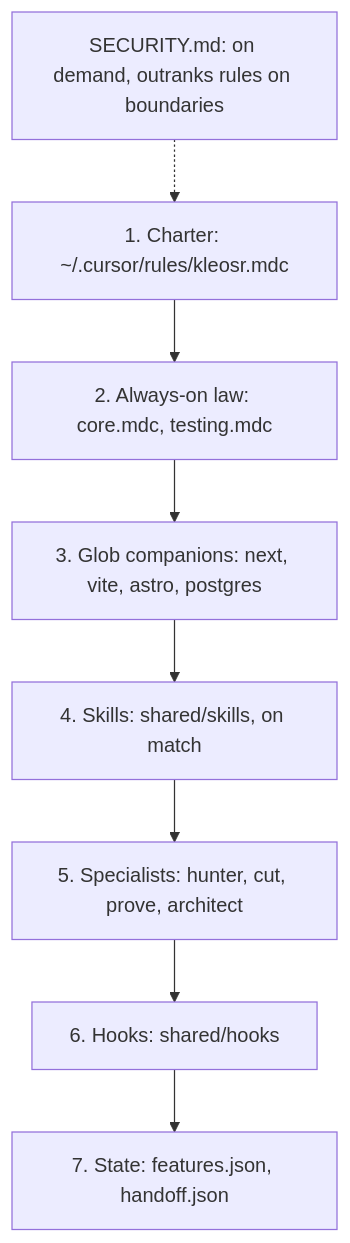
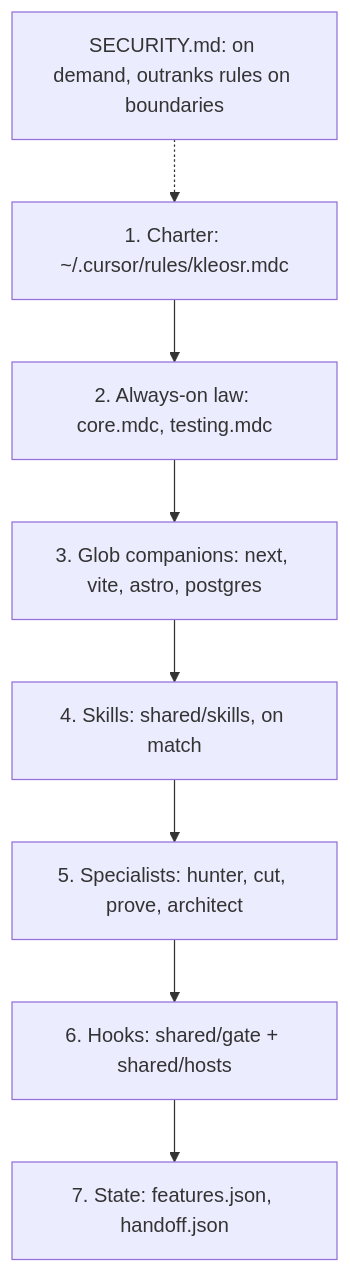
The diagram in README.md (kleosr/bridle), drawn with Mermaid before and after one commit. The commit also changed other lines of this file and 103 other files, not shown here.

First line of the commit message:
Split hooks into a host-neutral gate and per-host adapters; group installers, tests, and catalog by role.

````diff
--- a/README.md
+++ b/README.md
@@ -101,10 +101,10 @@
 ```mermaid
 graph TD
   A["1. Charter: ~/.cursor/rules/kleosr.mdc"] --> B["2. Always-on law: core.mdc, testing.mdc"]
   B --> C["3. Glob companions: next, vite, astro, postgres"]
   C --> D["4. Skills: shared/skills, on match"]
   D --> E["5. Specialists: hunter, cut, prove, architect"]
-  E --> F["6. Hooks: shared/hooks"]
+  E --> F["6. Hooks: shared/gate + shared/hosts"]
   F --> G["7. State: features.json, handoff.json"]
   H["SECURITY.md: on demand, outranks rules on boundaries"] -.-> A
 ```
````
